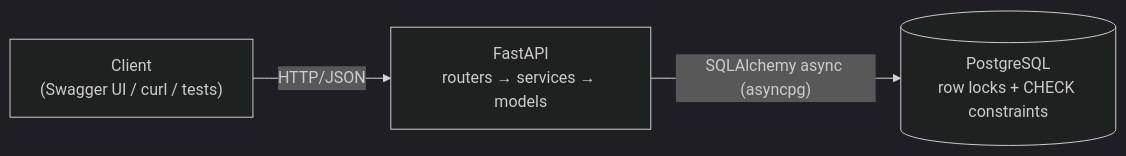
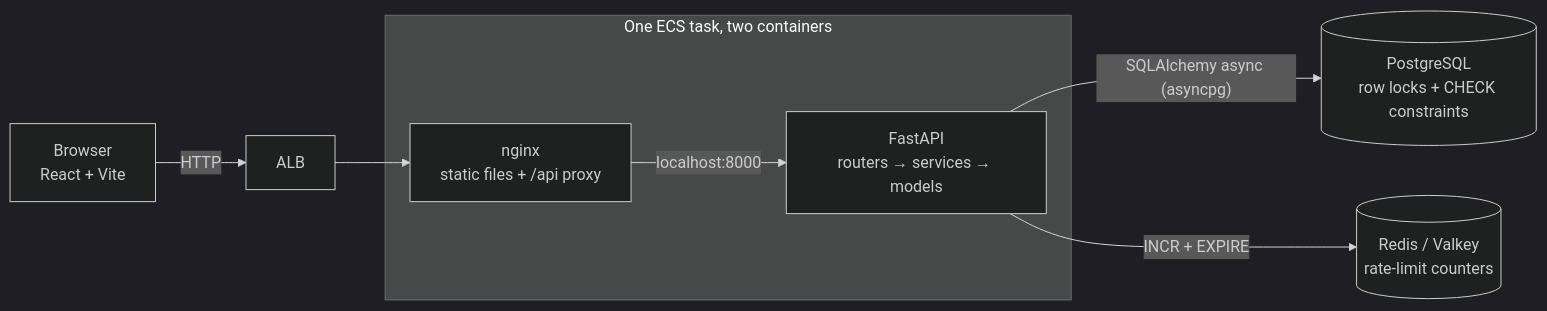
One commit to musayounus/SmartCart changed the first of 2 diagrams in README.md. Above: the diagram before and after it, drawn with Mermaid (dark theme). The commit also changed other lines of this file, not shown here.

First line of the commit message:
Correct the architecture diagram and six stale README claims

````diff
--- a/README.md
+++ b/README.md
@@ -95,9 +84,18 @@
 ```mermaid
 flowchart LR
-    client["Client<br/>(Swagger UI / curl / tests)"]
-    api["FastAPI<br/>routers → services → models"]
-    db[("PostgreSQL<br/>row locks + CHECK constraints")]
+    browser["Browser<br/>React + Vite"]
 
-    client -->|HTTP/JSON| api
-    api -->|"SQLAlchemy async (asyncpg)"| db
+    subgraph task["One ECS task, two containers"]
+        nginx["nginx<br/>static files + /api proxy"]
+        api["FastAPI<br/>routers → services → models"]
+    end
+
+    pg[("PostgreSQL<br/>row locks + CHECK constraints")]
+    redis[("Redis / Valkey<br/>rate-limit counters")]
+
+    browser -->|HTTP| alb["ALB"]
+    alb --> nginx
+    nginx -->|localhost:8000| api
+    api -->|"SQLAlchemy async (asyncpg)"| pg
+    api -->|INCR + EXPIRE| redis
 ```
````
